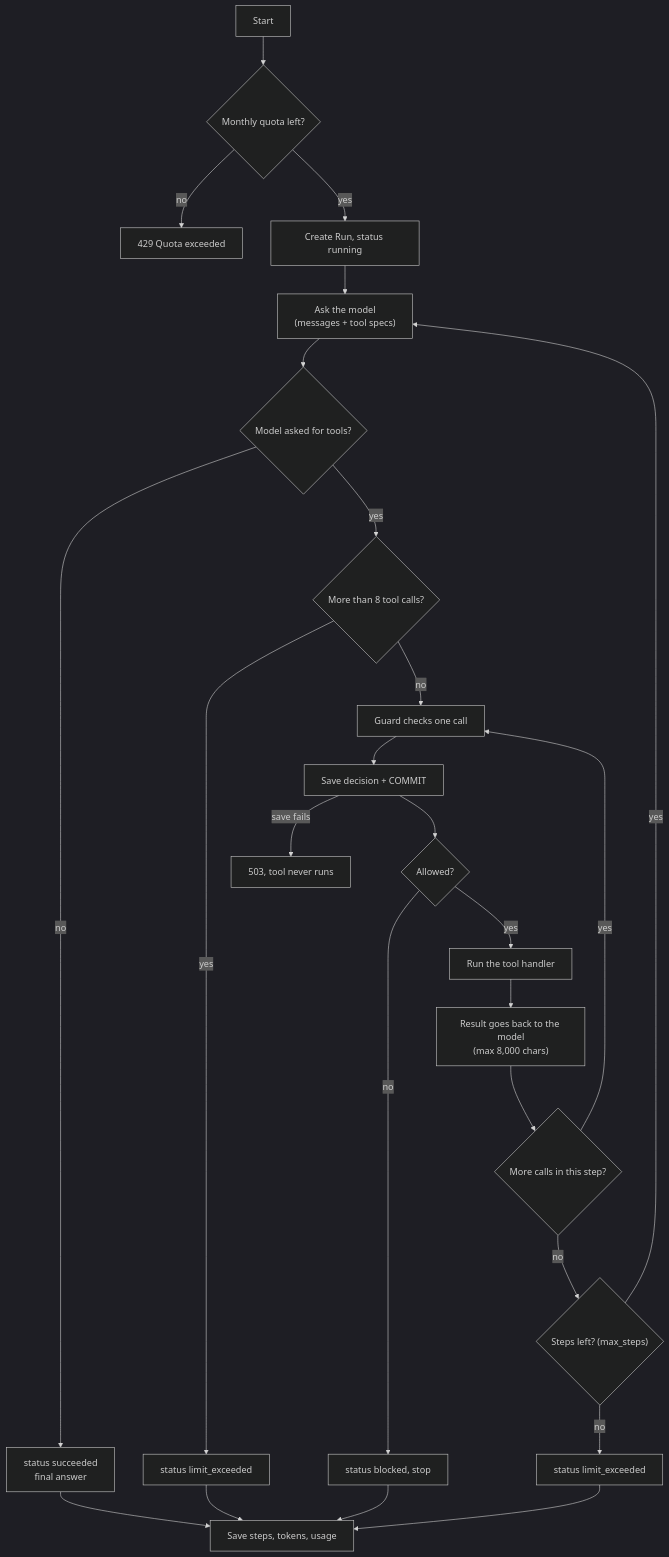
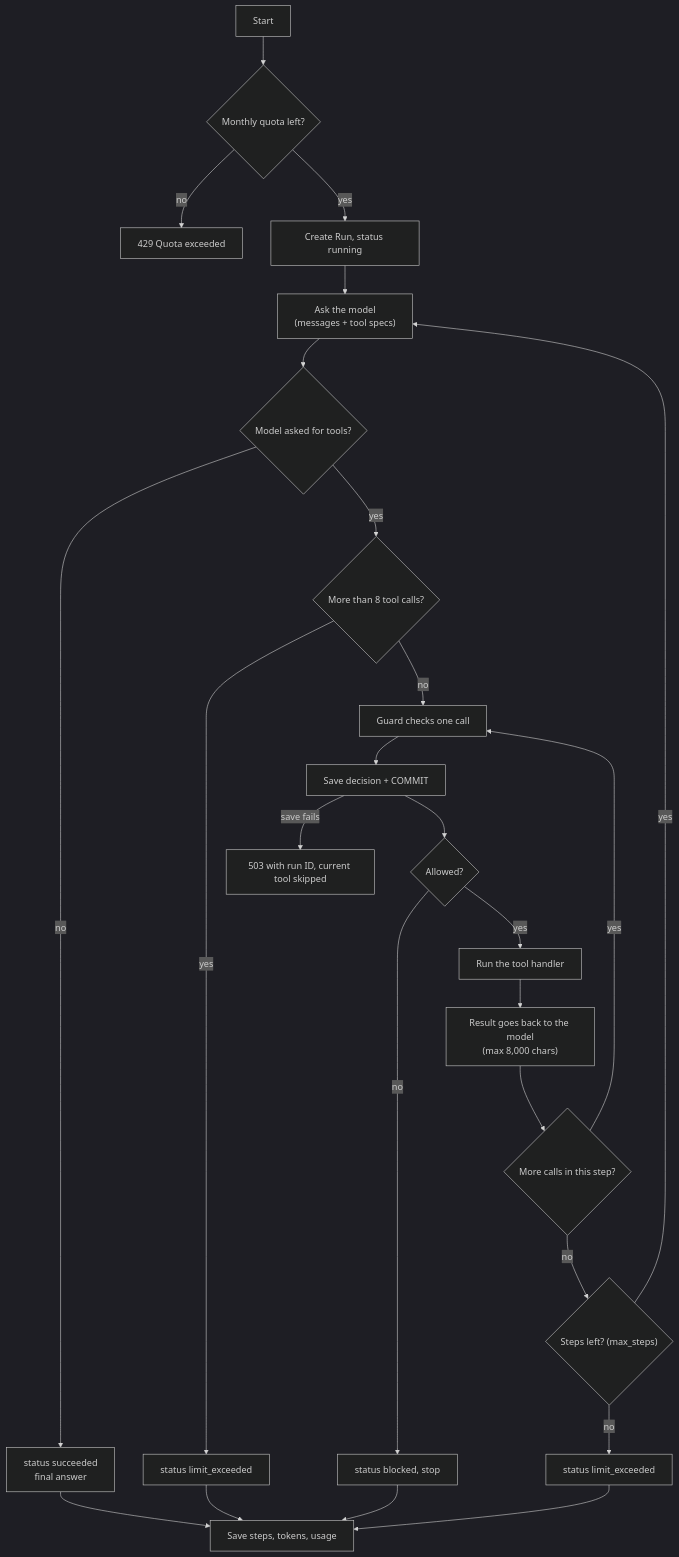
One commit to X0R-labs/core changed the seventh of 11 diagrams in docs/INTERNALS.md. Above: the diagram before and after it, drawn with Mermaid (dark theme). The commit also changed other lines of this file and 9 other files, not shown here.

````diff
--- a/docs/INTERNALS.md
+++ b/docs/INTERNALS.md
@@ -289,27 +289,27 @@
 ```mermaid
 flowchart TD
   A["Start"] --> Q{"Monthly quota left?"}
   Q -- no --> X1["429 Quota exceeded"]
   Q -- yes --> R["Create Run, status running"]
   R --> M["Ask the model<br/>(messages + tool specs)"]
   M --> T{"Model asked for tools?"}
   T -- no --> DONE["status succeeded<br/>final answer"]
   T -- yes --> C{"More than 8 tool calls?"}
   C -- yes --> LIM["status limit_exceeded"]
   C -- no --> G["Guard checks one call"]
   G --> S["Save decision + COMMIT"]
-  S -- "save fails" --> X3["503, tool never runs"]
+  S -- "save fails" --> X3["503 with run ID, current tool skipped"]
   S --> D{"Allowed?"}
   D -- no --> B["status blocked, stop"]
   D -- yes --> H["Run the tool handler"]
   H --> FB["Result goes back to the model<br/>(max 8,000 chars)"]
   FB --> MORE{"More calls in this step?"}
   MORE -- yes --> G
   MORE -- no --> STEP{"Steps left? (max_steps)"}
   STEP -- yes --> M
   STEP -- no --> LIM2["status limit_exceeded"]
   DONE --> END["Save steps, tokens, usage"]
   B --> END
   LIM --> END
   LIM2 --> END
 ```
````
